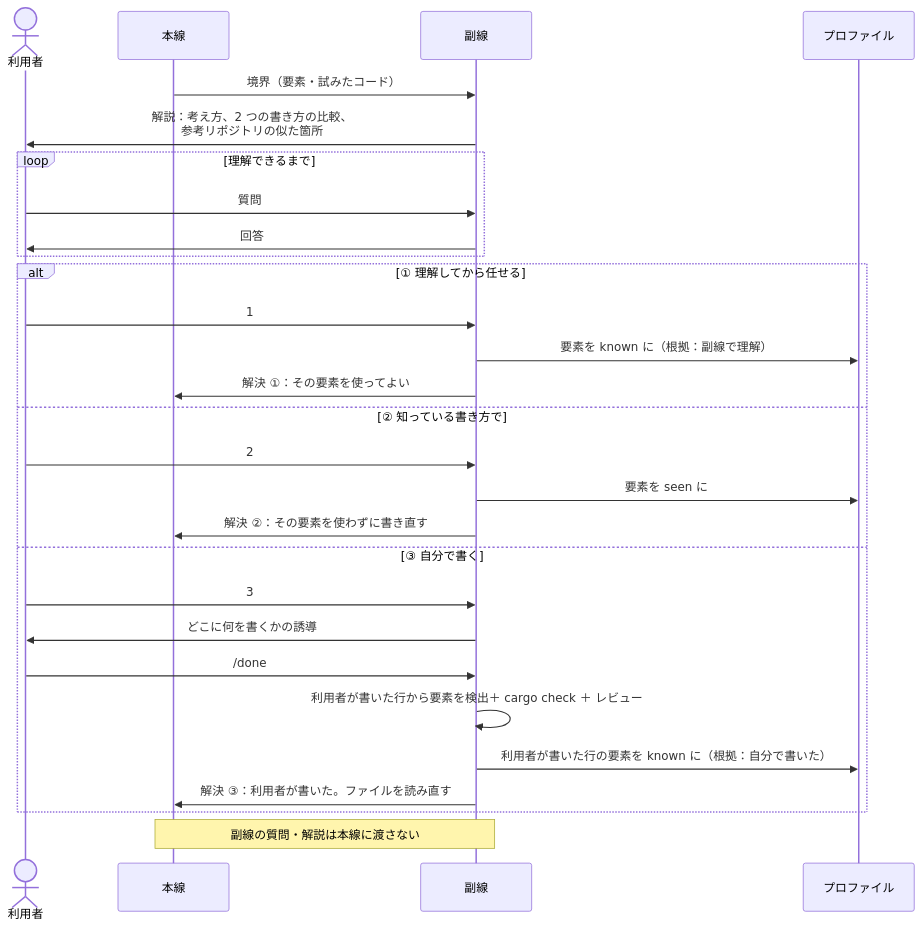
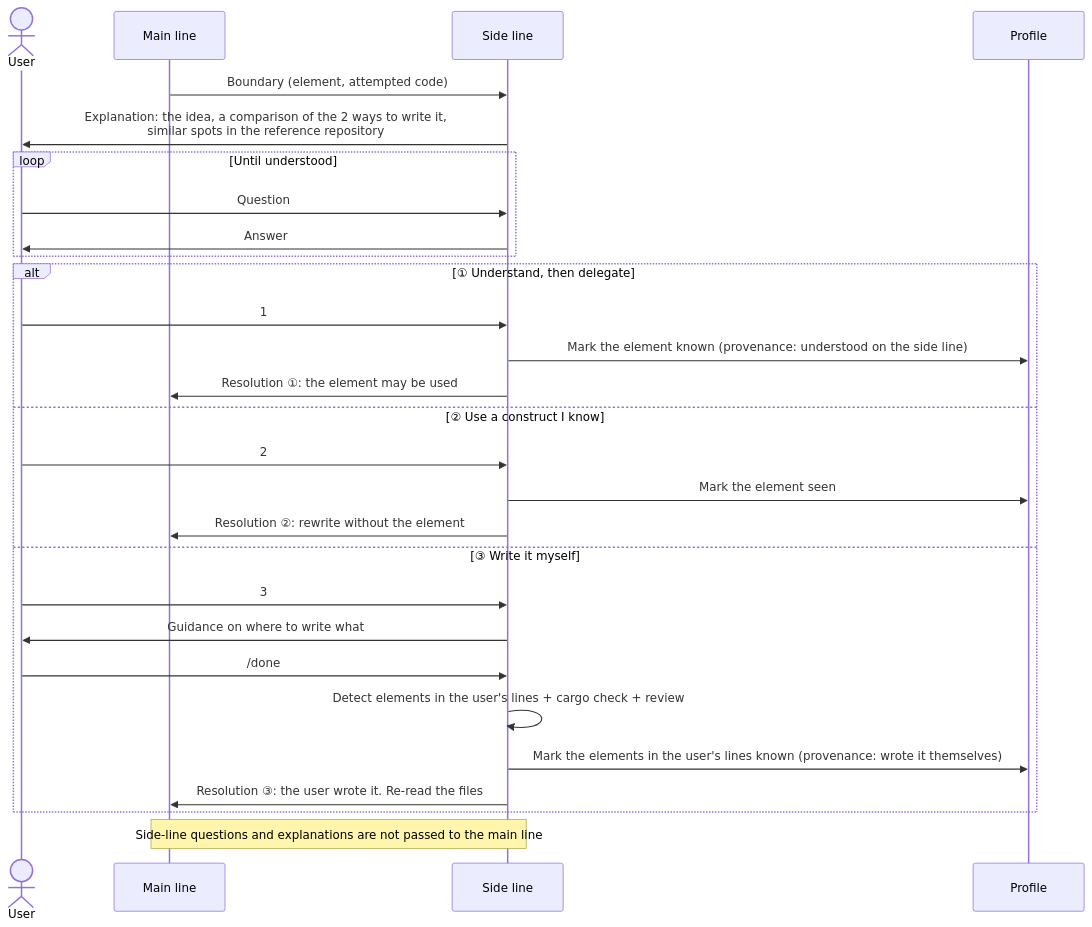
One commit to sumiredc/molt changed the fifth of 9 diagrams in PRD.md. Above: the diagram before and after it, drawn with Mermaid. The commit also changed other lines of this file and 1 other file, not shown here.

````diff
--- a/PRD.md
+++ b/PRD.md
@@ -194,30 +196,30 @@
 ```mermaid
 sequenceDiagram
-  actor U as 利用者
-  participant M as 本線
-  participant S as 副線
-  participant P as プロファイル
-  M->>S: 境界（要素・試みたコード）
-  S->>U: 解説：考え方、2 つの書き方の比較、<br/>参考リポジトリの似た箇所
-  loop 理解できるまで
-    U->>S: 質問
-    S->>U: 回答
+  actor U as User
+  participant M as Main line
+  participant S as Side line
+  participant P as Profile
+  M->>S: Boundary (element, attempted code)
+  S->>U: Explanation: the idea, a comparison of the 2 ways to write it,<br/>similar spots in the reference repository
+  loop Until understood
+    U->>S: Question
+    S->>U: Answer
   end
-  alt ① 理解してから任せる
+  alt ① Understand, then delegate
     U->>S: 1
-    S->>P: 要素を known に（根拠：副線で理解）
-    S->>M: 解決 ①：その要素を使ってよい
-  else ② 知っている書き方で
+    S->>P: Mark the element known (provenance: understood on the side line)
+    S->>M: Resolution ①: the element may be used
+  else ② Use a construct I know
     U->>S: 2
-    S->>P: 要素を seen に
-    S->>M: 解決 ②：その要素を使わずに書き直す
-  else ③ 自分で書く
+    S->>P: Mark the element seen
+    S->>M: Resolution ②: rewrite without the element
+  else ③ Write it myself
     U->>S: 3
-    S->>U: どこに何を書くかの誘導
+    S->>U: Guidance on where to write what
     U->>S: /done
-    S->>S: 利用者が書いた行から要素を検出＋ cargo check ＋ レビュー
-    S->>P: 利用者が書いた行の要素を known に（根拠：自分で書いた）
-    S->>M: 解決 ③：利用者が書いた。ファイルを読み直す
+    S->>S: Detect elements in the user's lines + cargo check + review
+    S->>P: Mark the elements in the user's lines known (provenance: wrote it themselves)
+    S->>M: Resolution ③: the user wrote it. Re-read the files
   end
-  Note over M,S: 副線の質問・解説は本線に渡さない
+  Note over M,S: Side-line questions and explanations are not passed to the main line
 ```
````
